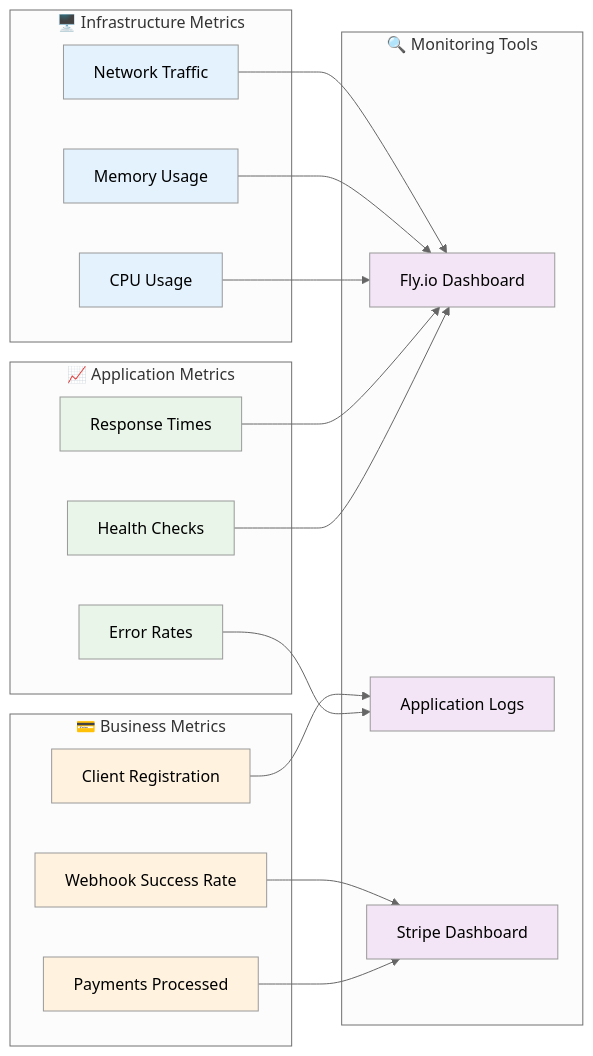
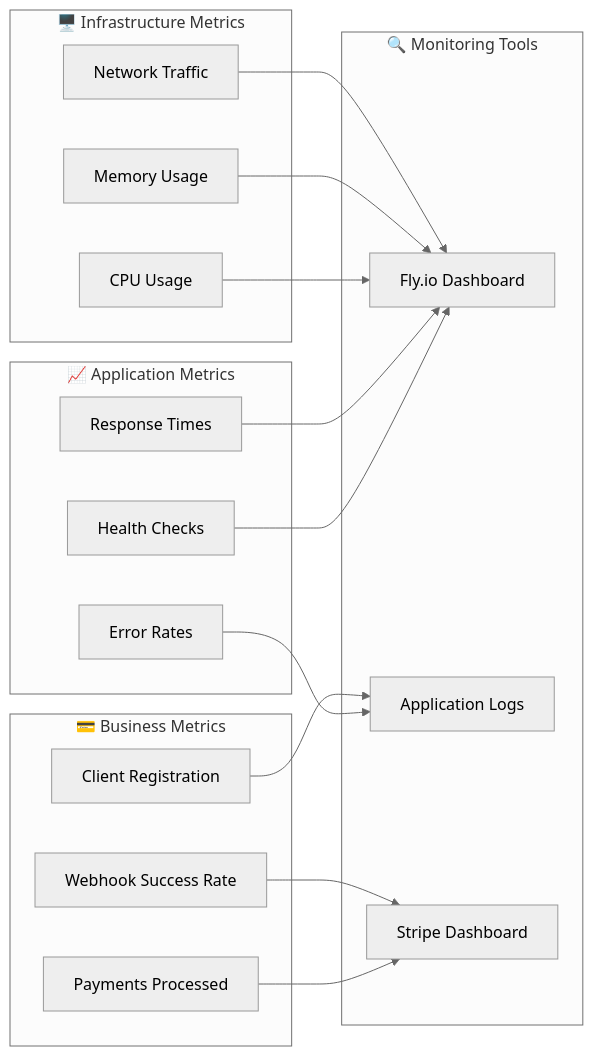
The seventh of 7 diagrams in docs/ARCHITECTURE.md (Robbyfuu/nestjs-stripe-notion-automation), drawn with Mermaid (neutral theme) before and after one commit. The commit also changed other lines of this file and 14 other files, not shown here.

````diff
--- a/docs/ARCHITECTURE.md
+++ b/docs/ARCHITECTURE.md
@@ -299,46 +282,36 @@
 ```mermaid
 graph LR
     subgraph "📈 Application Metrics"
         A[Health Checks]
         B[Response Times]
         C[Error Rates]
     end
     
     subgraph "💳 Business Metrics"
         D[Payments Processed]
         E[Webhook Success Rate]
         F[Client Registration]
     end
     
     subgraph "🖥️ Infrastructure Metrics"
         G[CPU Usage]
         H[Memory Usage]
         I[Network Traffic]
     end
     
     subgraph "🔍 Monitoring Tools"
         J[Fly.io Dashboard]
         K[Application Logs]
         L[Stripe Dashboard]
     end
     
     A --> J
     B --> J
     C --> K
     D --> L
     E --> L
     F --> K
     G --> J
     H --> J
     I --> J
-    
-    classDef app fill:#e8f5e8
-    classDef business fill:#fff3e0
-    classDef infra fill:#e3f2fd
-    classDef tools fill:#f3e5f5
-    
-    class A,B,C app
-    class D,E,F business
-    class G,H,I infra
-    class J,K,L tools
 ```
````
